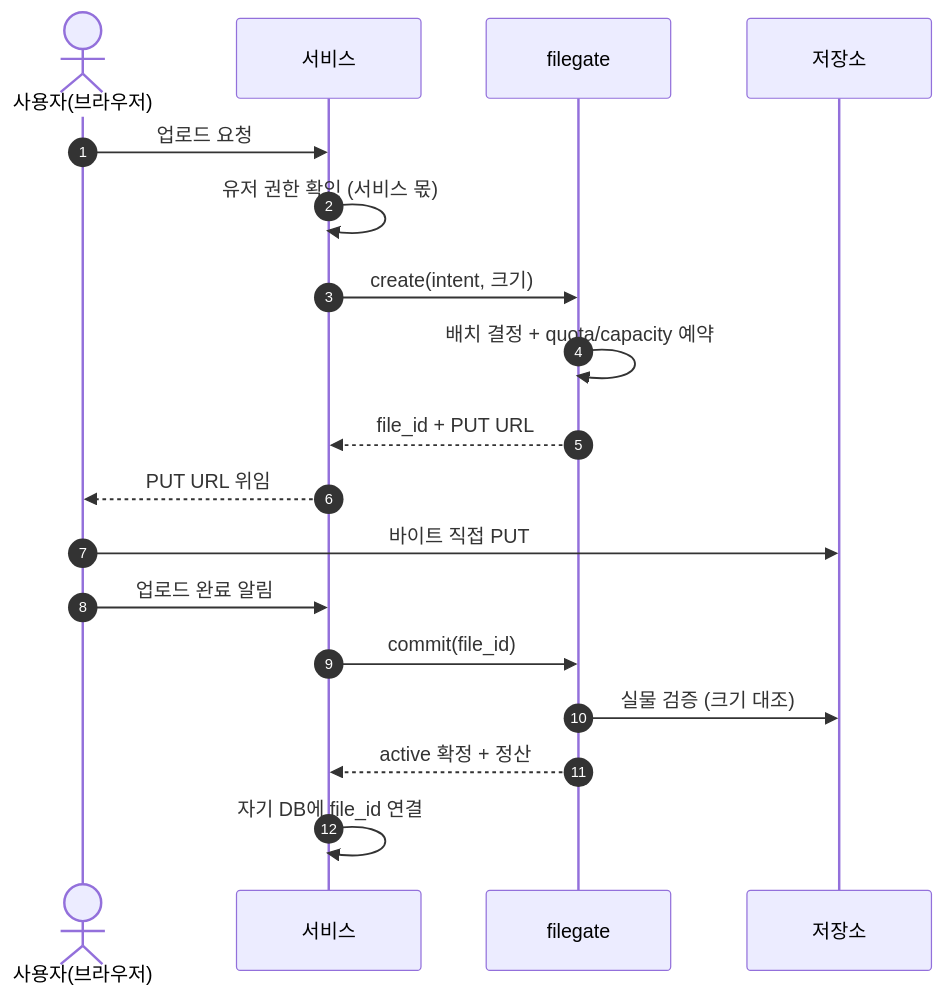
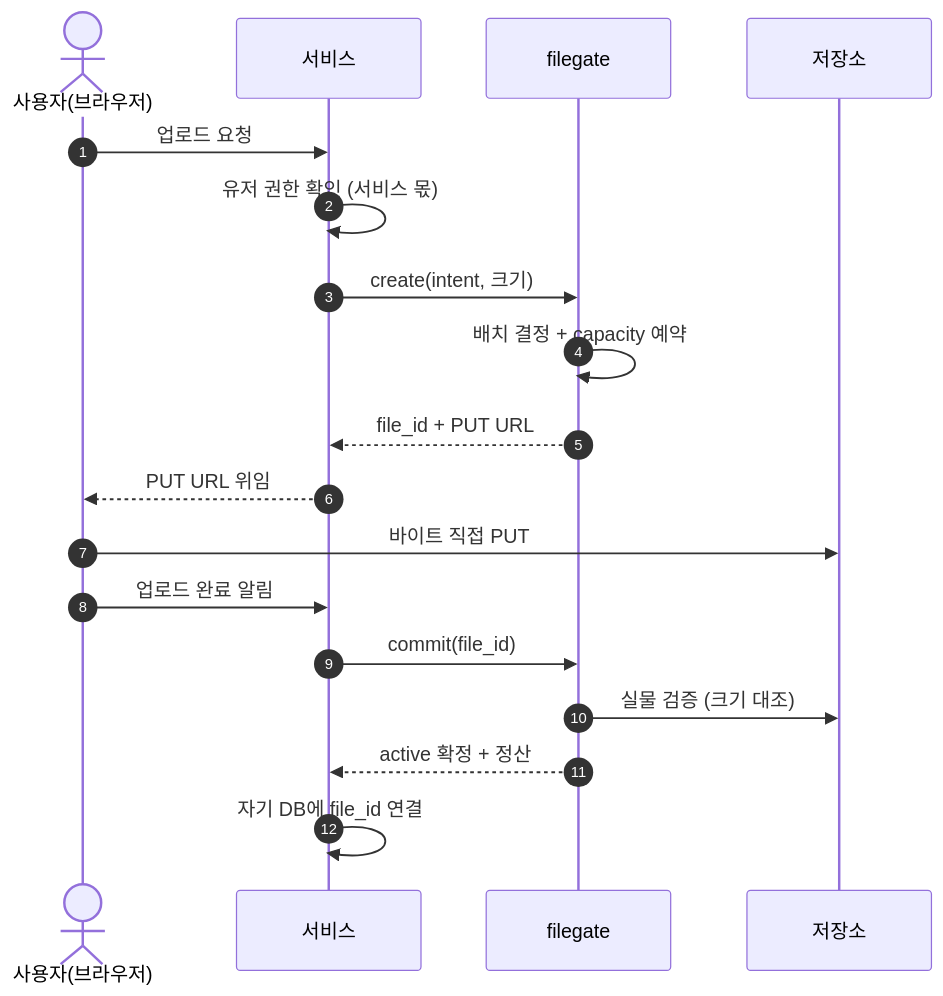
One commit to cagojeiger/filegate changed the first of 2 diagrams in docs/spec/00-operations.md. Above: the diagram before and after it, drawn with Mermaid. The commit also changed other lines of this file, not shown here.

First line of the commit message:
docs: Stage accounting to capacity-only with a hard ceiling

````diff
--- a/docs/spec/00-operations.md
+++ b/docs/spec/00-operations.md
@@ -109,21 +112,21 @@
 ```mermaid
 sequenceDiagram
     autonumber
     actor U as 사용자(브라우저)
     participant S as 서비스
     participant F as filegate
     participant O as 저장소
 
     U->>S: 업로드 요청
     S->>S: 유저 권한 확인 (서비스 몫)
     S->>F: create(intent, 크기)
-    F->>F: 배치 결정 + quota/capacity 예약
+    F->>F: 배치 결정 + capacity 예약
     F-->>S: file_id + PUT URL
     S-->>U: PUT URL 위임
     U->>O: 바이트 직접 PUT
     U->>S: 업로드 완료 알림
     S->>F: commit(file_id)
     F->>O: 실물 검증 (크기 대조)
     F-->>S: active 확정 + 정산
     S->>S: 자기 DB에 file_id 연결
 ```
````
